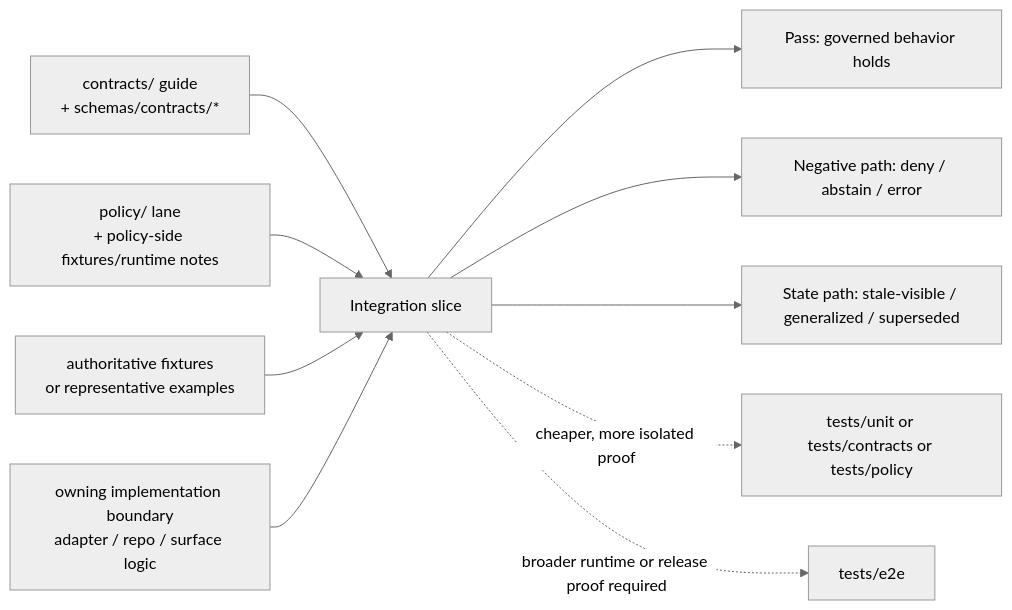
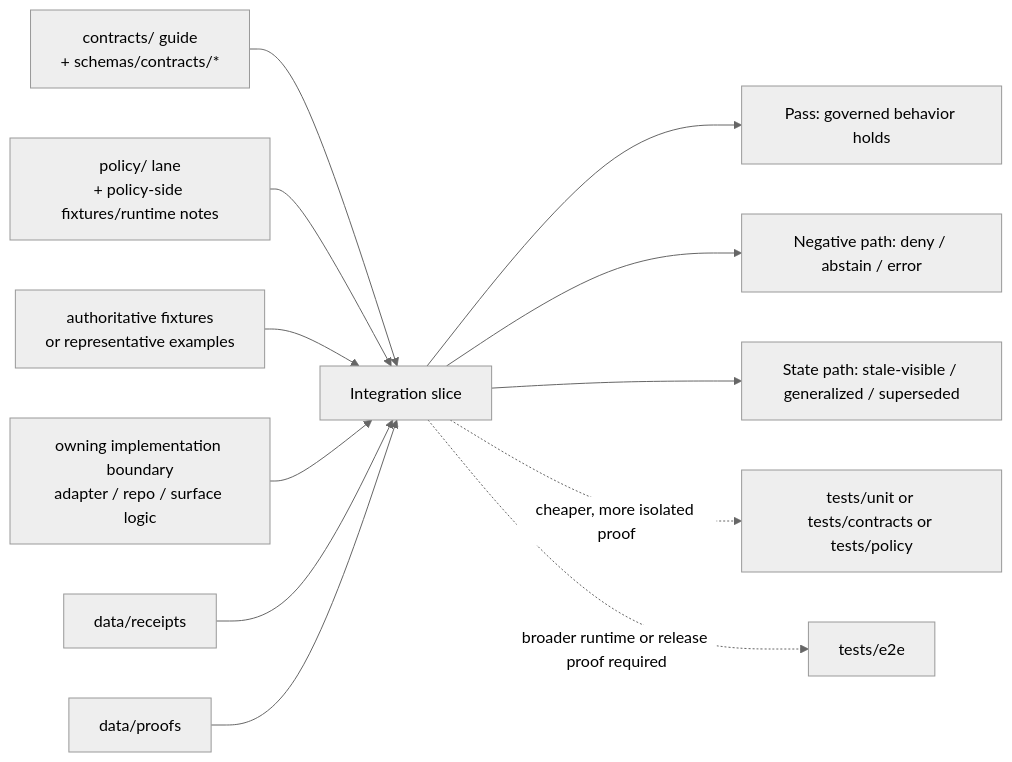
The diagram in tests/integration/README.md (bartytime4life/Kansas-Frontier-Matrix), drawn with Mermaid (neutral theme) before and after one commit. The commit also changed other lines of this file, not shown here.

````diff
--- a/tests/integration/README.md
+++ b/tests/integration/README.md
@@ -267,14 +462,16 @@
 ```mermaid
 flowchart LR
     A[contracts/ guide<br/>+ schemas/contracts/*] --> I[Integration slice]
     B[policy/ lane<br/>+ policy-side fixtures/runtime notes] --> I
     C[authoritative fixtures<br/>or representative examples] --> I
     D[owning implementation boundary<br/>adapter / repo / surface logic] --> I
+    R[data/receipts] --> I
+    P[data/proofs] --> I
 
-    I --> P[Pass: governed behavior holds]
+    I --> P1[Pass: governed behavior holds]
     I --> N[Negative path: deny / abstain / error]
     I --> S[State path: stale-visible / generalized / superseded]
 
     I -. cheaper, more isolated proof .-> U[tests/unit or tests/contracts or tests/policy]
     I -. broader runtime or release proof required .-> E[tests/e2e]
 ```
````
